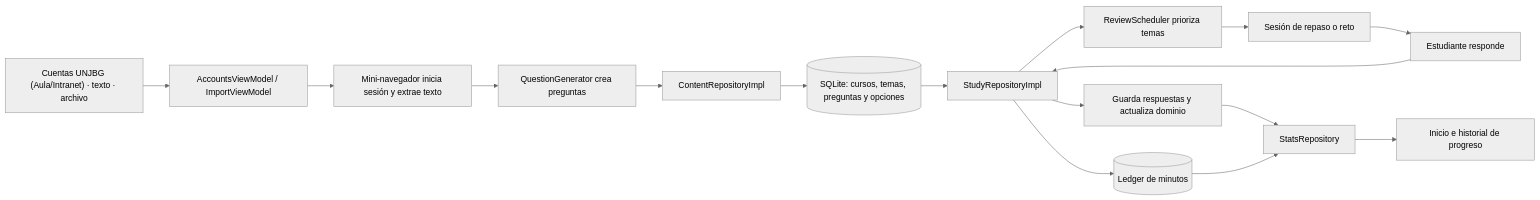
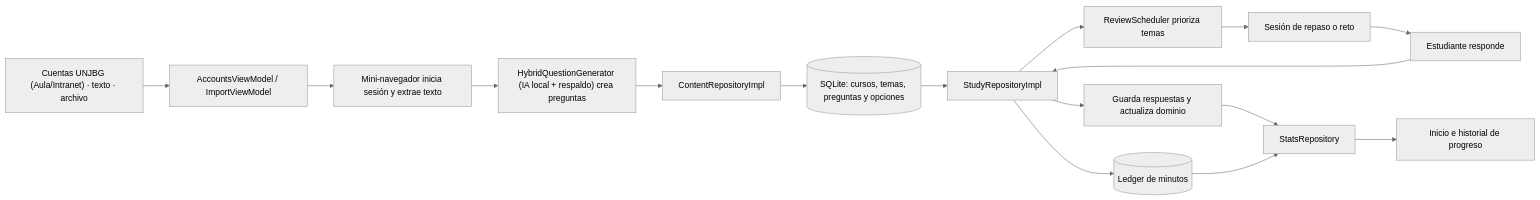
The third of 3 diagrams in README.md (Focusergon/StudyLock), drawn with Mermaid (neutral theme) before and after one commit. The commit also changed other lines of this file and 58 other files, not shown here.

````diff
--- a/README.md
+++ b/README.md
@@ -402,19 +451,19 @@
 ```mermaid
 flowchart LR
     Sources["Cuentas UNJBG (Aula/Intranet) · texto · archivo"] --> AccountsVM["AccountsViewModel / ImportViewModel"]
     AccountsVM --> Extract["Mini-navegador inicia sesión y extrae texto"]
-    Extract --> Generate["QuestionGenerator crea preguntas"]
+    Extract --> Generate["HybridQuestionGenerator (IA local + respaldo) crea preguntas"]
     Generate --> ContentRepo["ContentRepositoryImpl"]
     ContentRepo --> DB[("SQLite: cursos, temas, preguntas y opciones")]
 
     DB --> StudyRepo["StudyRepositoryImpl"]
     StudyRepo --> Priorities["ReviewScheduler prioriza temas"]
     Priorities --> Questions["Sesión de repaso o reto"]
     Questions --> Student["Estudiante responde"]
     Student --> StudyRepo
     StudyRepo --> History["Guarda respuestas y actualiza dominio"]
     StudyRepo --> Ledger[("Ledger de minutos")]
     History --> Stats["StatsRepository"]
     Ledger --> Stats
     Stats --> Dashboard["Inicio e historial de progreso"]
 ```
````
